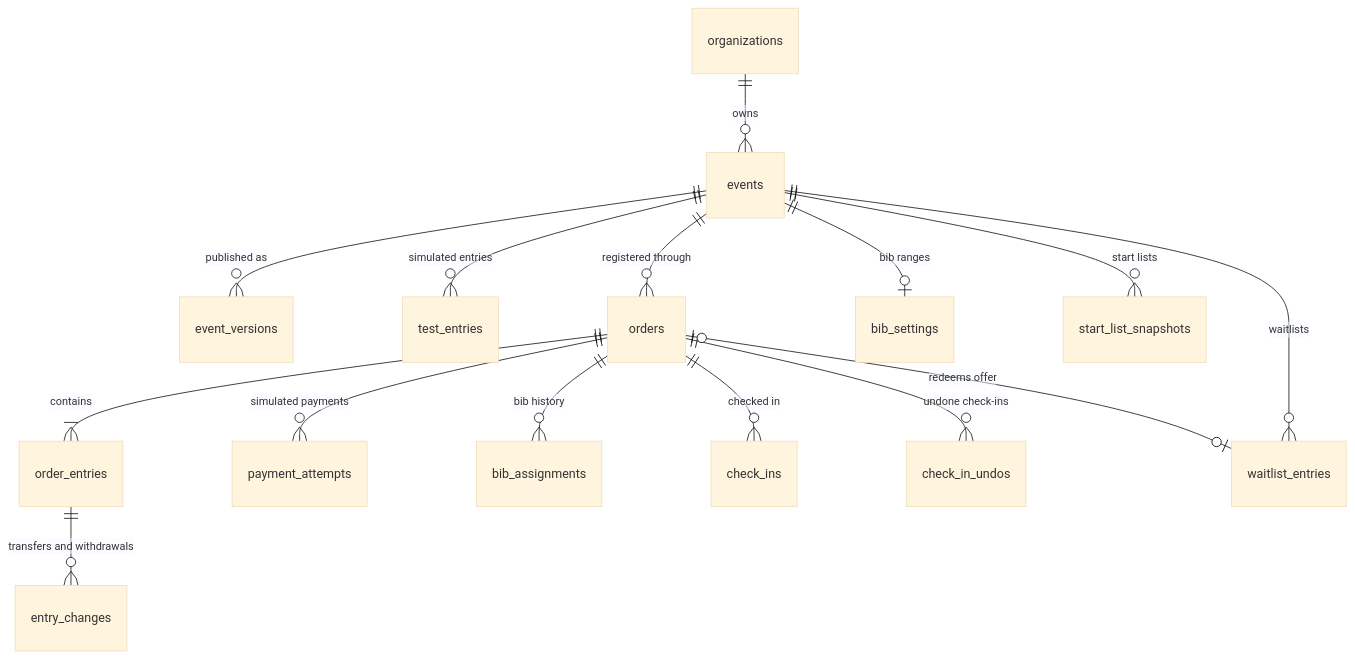
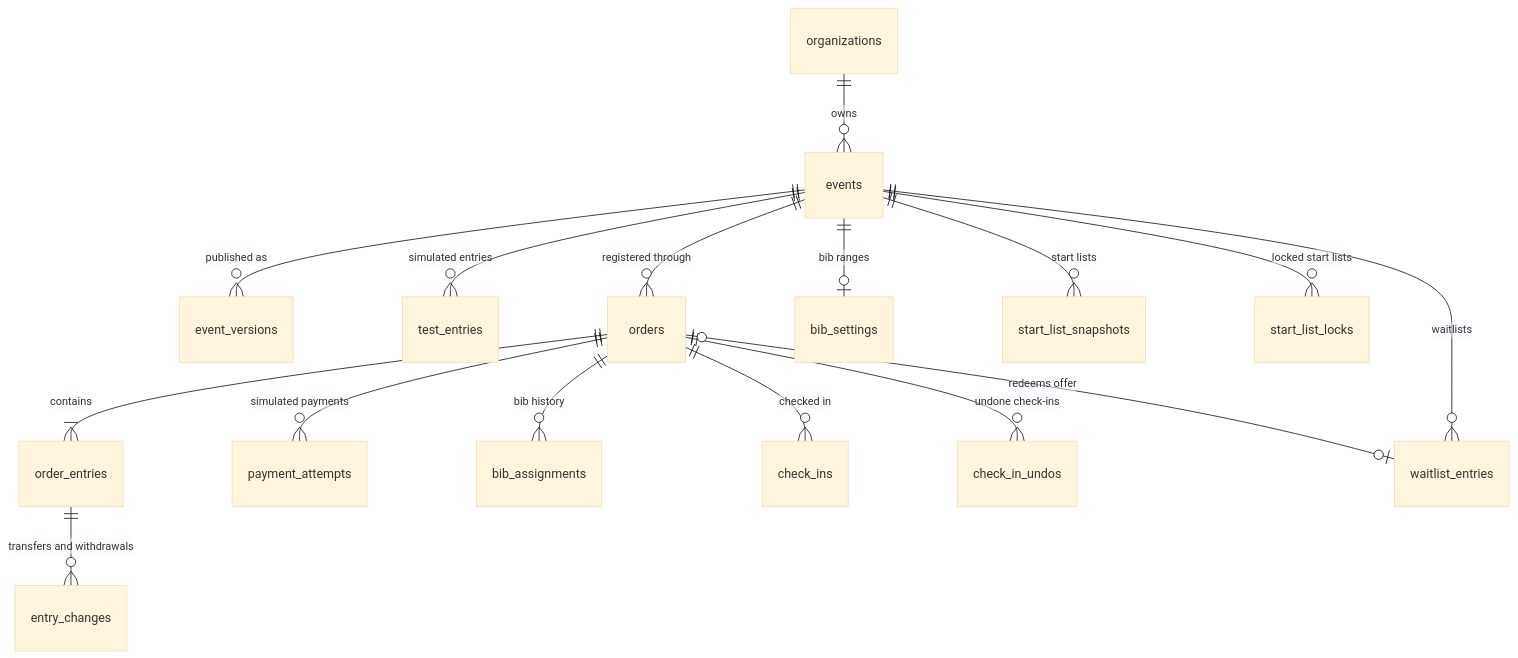
Before and after one commit to kchan1028/event-registration: the first of 2 diagrams in DATA_MODEL.md, drawn with Mermaid (base theme). The commit also changed other lines of this file and 9 other files, not shown here.

First line of the commit message:
feat(start-lists): organizer start-list lock with revisions since the lock (#38)

````diff
--- a/DATA_MODEL.md
+++ b/DATA_MODEL.md
@@ -27,17 +27,18 @@
 ```mermaid
 erDiagram
     organizations ||--o{ events : owns
     events ||--o{ event_versions : "published as"
     events ||--o{ test_entries : "simulated entries"
     events ||--o{ orders : "registered through"
     orders ||--|{ order_entries : contains
     orders ||--o{ payment_attempts : "simulated payments"
     events ||--o| bib_settings : "bib ranges"
     orders ||--o{ bib_assignments : "bib history"
     orders ||--o{ check_ins : "checked in"
     orders ||--o{ check_in_undos : "undone check-ins"
     events ||--o{ start_list_snapshots : "start lists"
+    events ||--o{ start_list_locks : "locked start lists"
     events ||--o{ waitlist_entries : "waitlists"
     orders |o--o| waitlist_entries : "redeems offer"
     order_entries ||--o{ entry_changes : "transfers and withdrawals"
 ```
````
